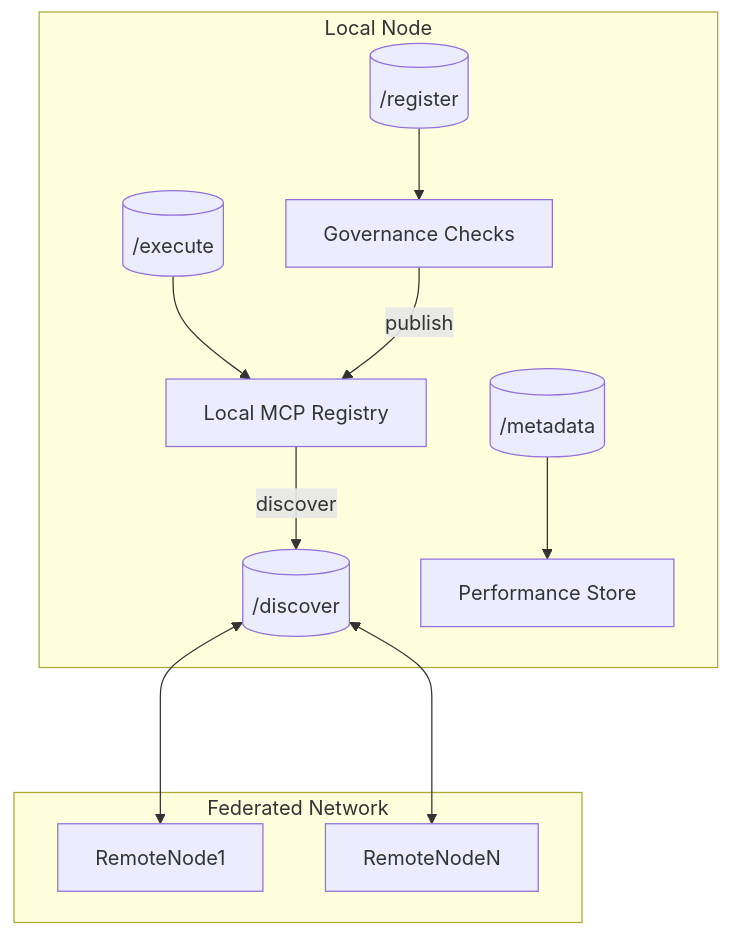
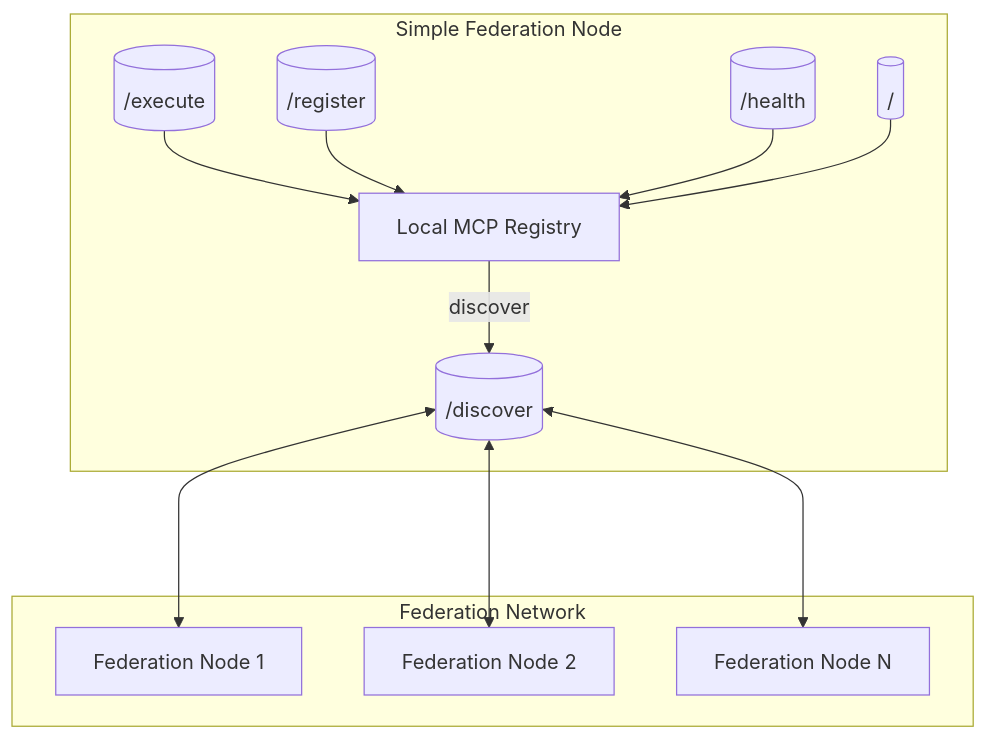
One commit to Nachi-Kulkarni/Kgot-simple-GAIA changed the diagram in alita-kgot-enhanced/docs/TASK_44_MCP_FEDERATION_SYSTEM.md. Above: the diagram before and after it, drawn with Mermaid. The commit also changed other lines of this file and 36429 other files, not shown here.

````diff
--- a/alita-kgot-enhanced/docs/TASK_44_MCP_FEDERATION_SYSTEM.md
+++ b/alita-kgot-enhanced/docs/TASK_44_MCP_FEDERATION_SYSTEM.md
@@ -92,15 +107,16 @@
 ```mermaid
 flowchart TD
-    subgraph Local Node
+    subgraph Simple Federation Node
         A[Local MCP Registry] -->|discover| API1[(/discover)]
         API2[(/execute)] --> A
-        API3[(/metadata)] --> B[Performance Store]
-        API4[(/register)] --> C[Governance Checks]
-        C -->|publish| A
+        API3[(/register)] --> A
+        API4[(/health)] --> A
+        API5[(/)] --> A
     end
 
-    subgraph Federated Network
-        API1 <---> RemoteNode1
-        API1 <---> RemoteNodeN
+    subgraph Federation Network
+        API1 <---> Node1[Federation Node 1]
+        API1 <---> Node2[Federation Node 2]
+        API1 <---> NodeN[Federation Node N]
     end
 ```
````
